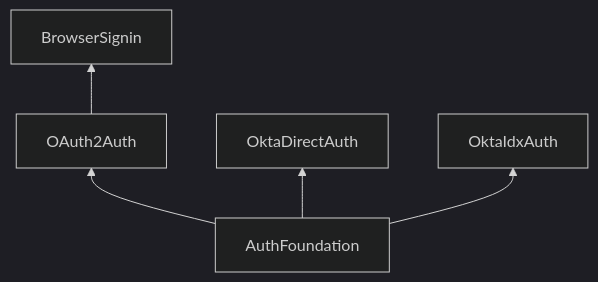
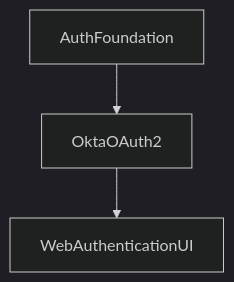
One commit to Chris-Morse-VIP/okta-mobile-swift changed the diagram in README.md. Above: the diagram before and after it, drawn with Mermaid (dark theme). The commit also changed other lines of this file and 733 other files, not shown here.

````diff
--- a/README.md
+++ b/README.md
@@ -83,7 +45,5 @@
 ```mermaid
-graph BT;
-  AuthFoundation-->OAuth2Auth;
-  AuthFoundation-->OktaDirectAuth;
-  AuthFoundation-->OktaIdxAuth;
-  OAuth2Auth-->BrowserSignin;
+  graph TD;
+    AuthFoundation-->OktaOAuth2;
+    OktaOAuth2-->WebAuthenticationUI;
 ```
````
